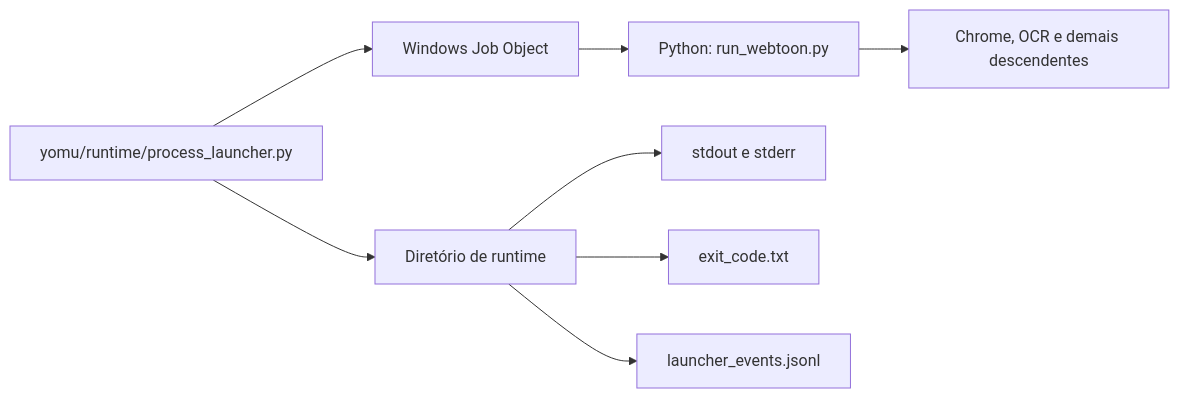
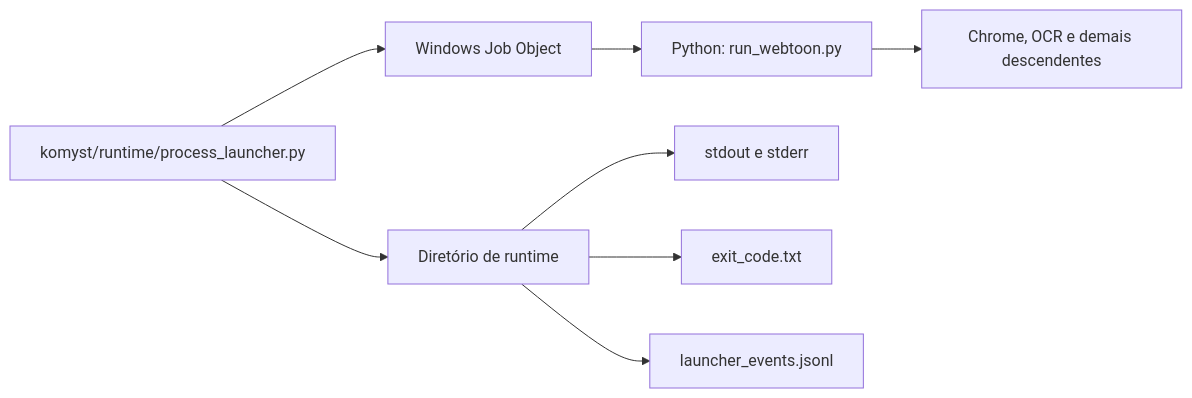
One commit to HenriquePvAr/Yomu-Sekai changed the second of 3 diagrams in docs/ARCHITECTURE.md. Above: the diagram before and after it, drawn with Mermaid. The commit also changed other lines of this file and 49 other files, not shown here.

````diff
--- a/docs/ARCHITECTURE.md
+++ b/docs/ARCHITECTURE.md
@@ -117,10 +117,10 @@
 ```mermaid
 flowchart LR
-    L["yomu/runtime/process_launcher.py"] --> J[Windows Job Object]
+    L["komyst/runtime/process_launcher.py"] --> J[Windows Job Object]
     J --> P["Python: run_webtoon.py"]
     P --> D[Chrome, OCR e demais descendentes]
     L --> R[Diretório de runtime]
     R --> O[stdout e stderr]
     R --> E[exit_code.txt]
     R --> V[launcher_events.jsonl]
 ```
````
